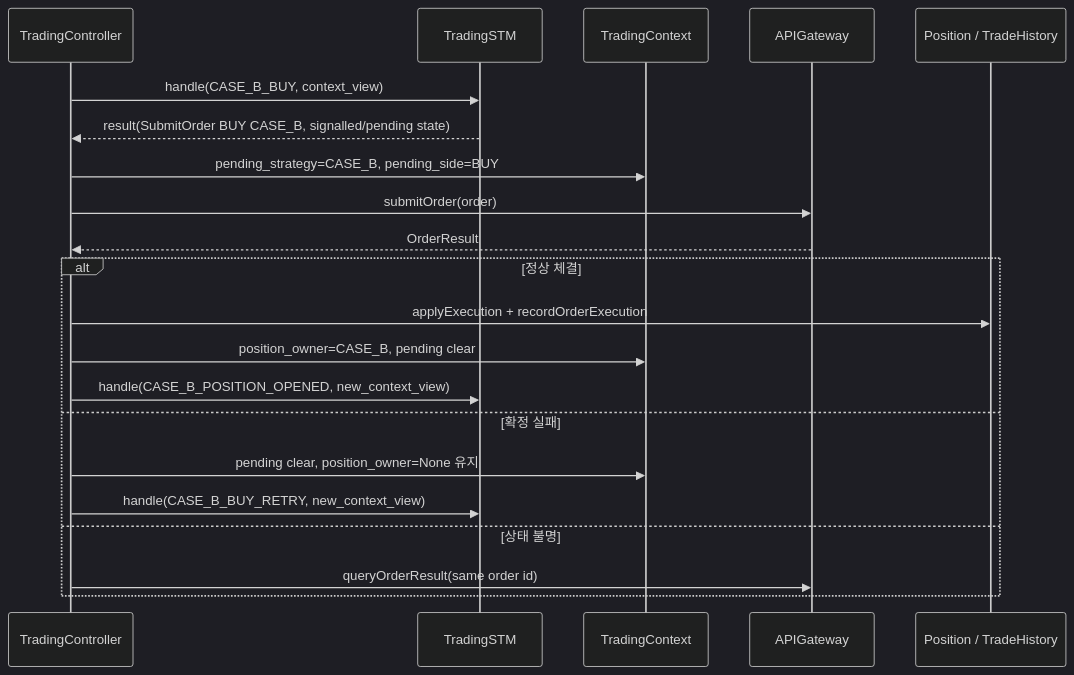
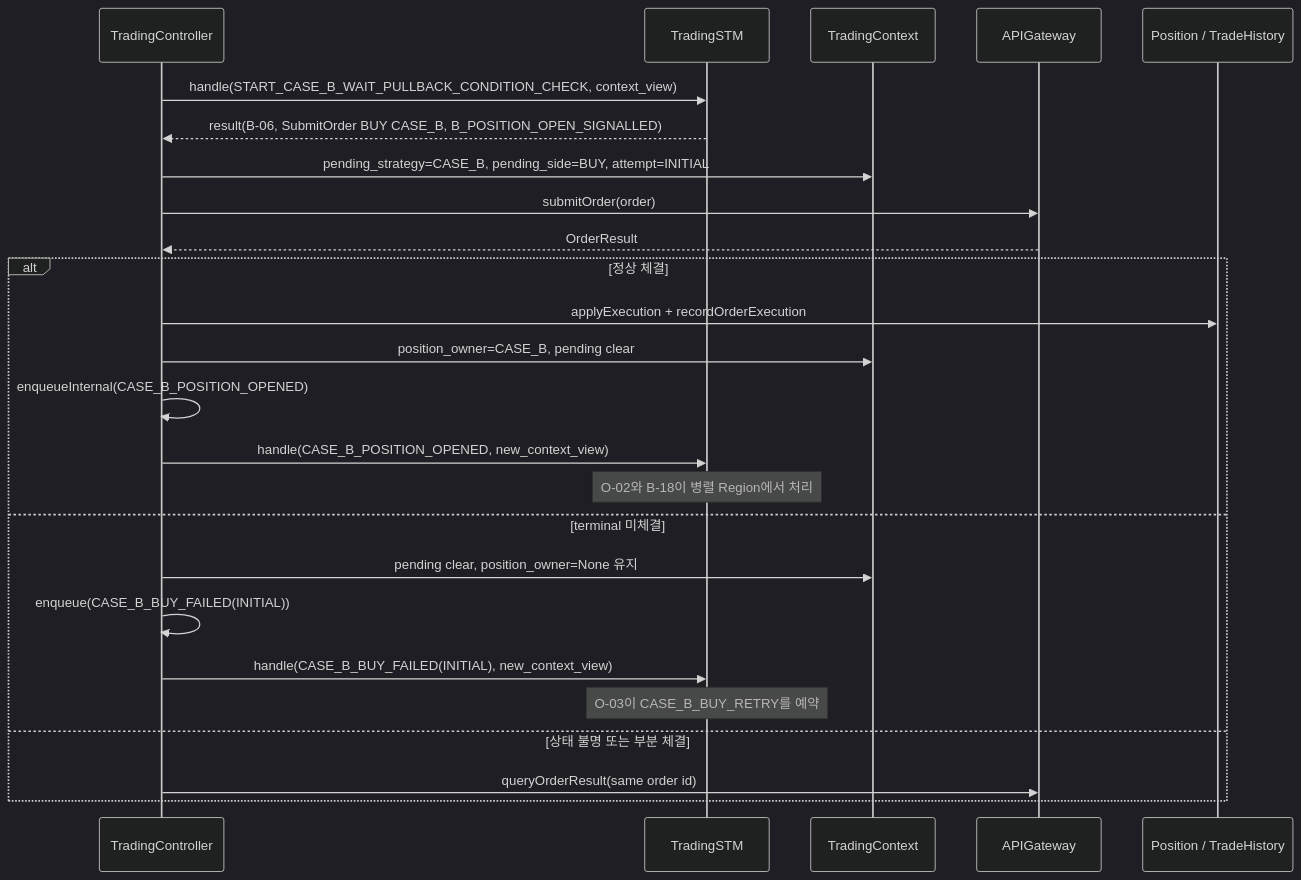
The second of 2 diagrams in Trading_STM/Trading_STM_Implementation_Plan.md (jinhoahfei/Binance_Auto_Trading_System), drawn with Mermaid (dark theme) before and after one commit. The commit also changed other lines of this file and 3 other files, not shown here.

````diff
--- a/Trading_STM/Trading_STM_Implementation_Plan.md
+++ b/Trading_STM/Trading_STM_Implementation_Plan.md
@@ -391,24 +421,28 @@
 ```mermaid
 sequenceDiagram
     participant TC as TradingController
     participant STM as TradingSTM
     participant CTX as TradingContext
     participant API as APIGateway
     participant ENT as Position / TradeHistory
 
-    TC->>STM: handle(CASE_B_BUY, context_view)
-    STM-->>TC: result(SubmitOrder BUY CASE_B, signalled/pending state)
-    TC->>CTX: pending_strategy=CASE_B, pending_side=BUY
+    TC->>STM: handle(START_CASE_B_WAIT_PULLBACK_CONDITION_CHECK, context_view)
+    STM-->>TC: result(B-06, SubmitOrder BUY CASE_B, B_POSITION_OPEN_SIGNALLED)
+    TC->>CTX: pending_strategy=CASE_B, pending_side=BUY, attempt=INITIAL
     TC->>API: submitOrder(order)
     API-->>TC: OrderResult
     alt 정상 체결
         TC->>ENT: applyExecution + recordOrderExecution
         TC->>CTX: position_owner=CASE_B, pending clear
+        TC->>TC: enqueueInternal(CASE_B_POSITION_OPENED)
         TC->>STM: handle(CASE_B_POSITION_OPENED, new_context_view)
-    else 확정 실패
+        Note over STM: O-02와 B-18이 병렬 Region에서 처리
+    else terminal 미체결
         TC->>CTX: pending clear, position_owner=None 유지
-        TC->>STM: handle(CASE_B_BUY_RETRY, new_context_view)
-    else 상태 불명
+        TC->>TC: enqueue(CASE_B_BUY_FAILED(INITIAL))
+        TC->>STM: handle(CASE_B_BUY_FAILED(INITIAL), new_context_view)
+        Note over STM: O-03이 CASE_B_BUY_RETRY를 예약
+    else 상태 불명 또는 부분 체결
         TC->>API: queryOrderResult(same order id)
     end
 ```
````
